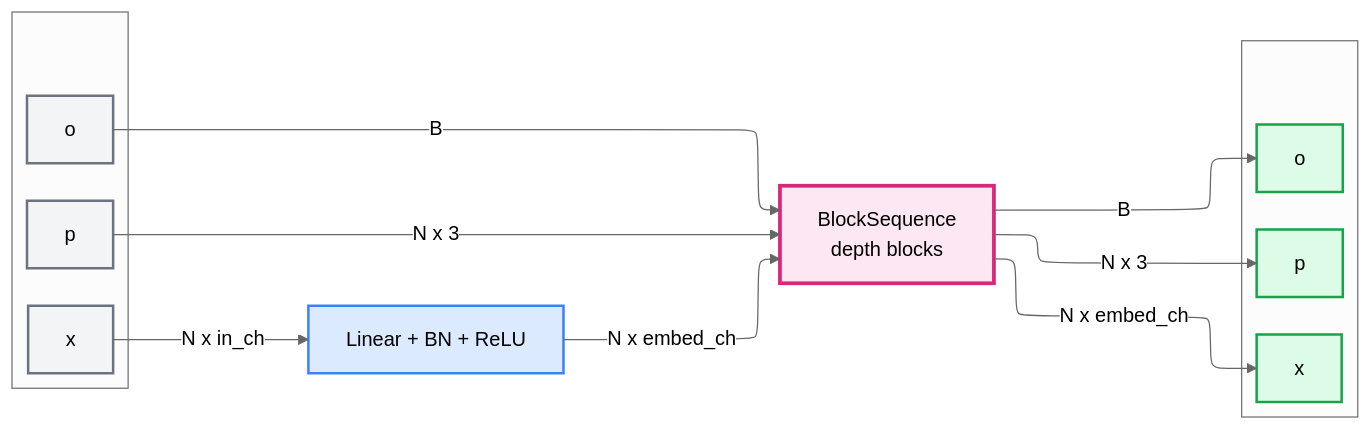
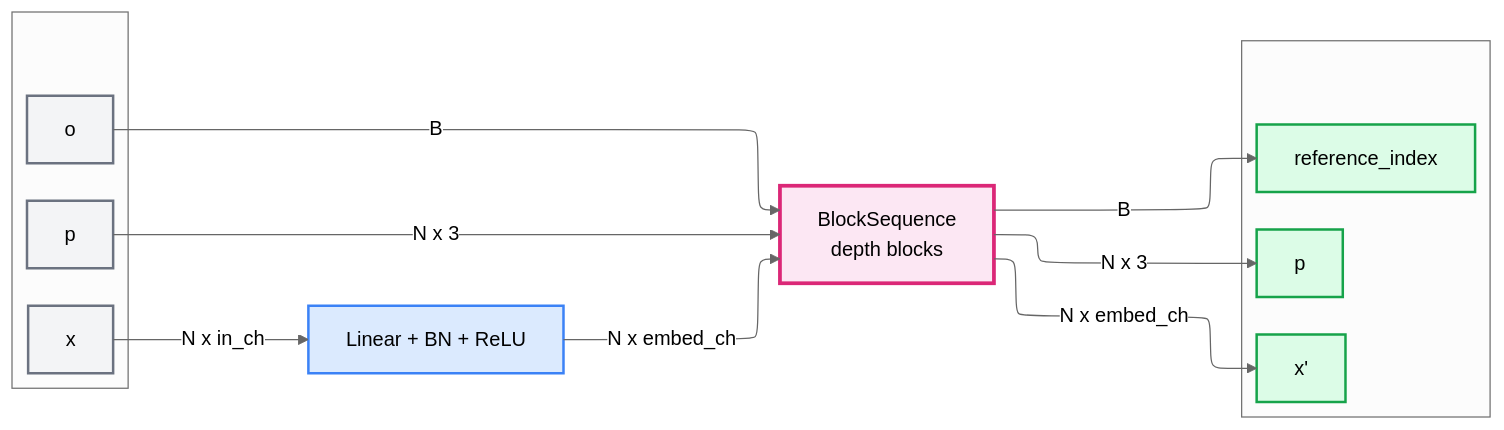
One commit to antoineach/antoineach.github.io changed the diagram in assets/img/poinTransformerV2/GVAPatchEmbed.md. Above: the diagram before and after it, drawn with Mermaid (neutral theme).

````diff
--- a/assets/img/poinTransformerV2/GVAPatchEmbed.md
+++ b/assets/img/poinTransformerV2/GVAPatchEmbed.md
@@ -1,39 +1,39 @@
 ```mermaid
 ---
 config:
   layout: elk
 ---
 graph LR
     subgraph InputPXO[" "]
         p["p"]
         x["x"]
         o["o"]
     end
     
     x -->|N x in_ch| Proj["Linear + BN + ReLU"]
     Proj -->|N x embed_ch| BlockSeq["BlockSequence<br>depth blocks"]
     
     p -->|N x 3| BlockSeq
     o -->|B| BlockSeq
     
     subgraph OutputPXO[" "]
         pout["p"]
-        xout["x"]
-        oout["o"]
+        xout["x'"]
+        oout["reference_index"]
     end
     
     BlockSeq -->|N x 3| pout
     BlockSeq -->|N x embed_ch| xout
     BlockSeq -->|B| oout
     
     style p fill:#f3f4f6,stroke:#6b7280,stroke-width:2px
     style x fill:#f3f4f6,stroke:#6b7280,stroke-width:2px
     style o fill:#f3f4f6,stroke:#6b7280,stroke-width:2px
     
     style Proj fill:#dbeafe,stroke:#3b82f6,stroke-width:2px
     style BlockSeq fill:#fce7f3,stroke:#db2777,stroke-width:3px
     
     style pout fill:#dcfce7,stroke:#16a34a,stroke-width:2px
     style xout fill:#dcfce7,stroke:#16a34a,stroke-width:2px
     style oout fill:#dcfce7,stroke:#16a34a,stroke-width:2px
 ```
````
